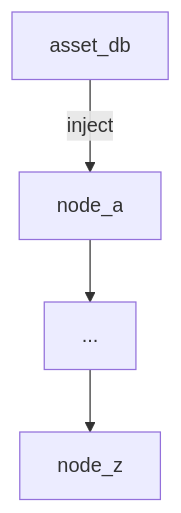
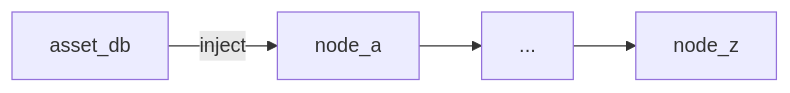
Before and after one commit to miniscope/noob: the fourth of 5 diagrams in docs/usage/assets.md, drawn with Mermaid. The commit also changed other lines of this file and 1 other file, not shown here.

````diff
--- a/docs/usage/assets.md
+++ b/docs/usage/assets.md
@@ -153,7 +153,7 @@
 ```{mermaid}
-flowchart TD
+flowchart LR
     asset_db -- "inject" --> node_a
     node_a --> ...
     ... --> node_z
     
 ```
````
